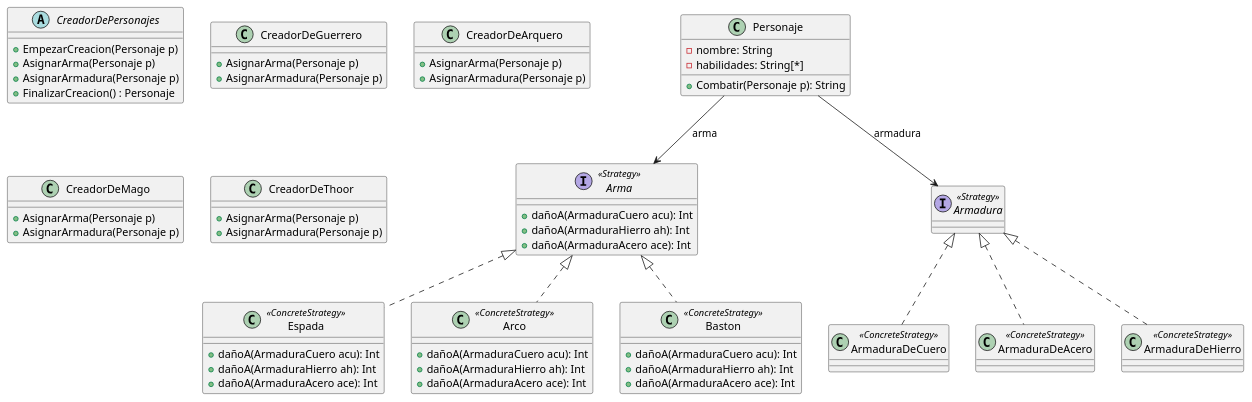
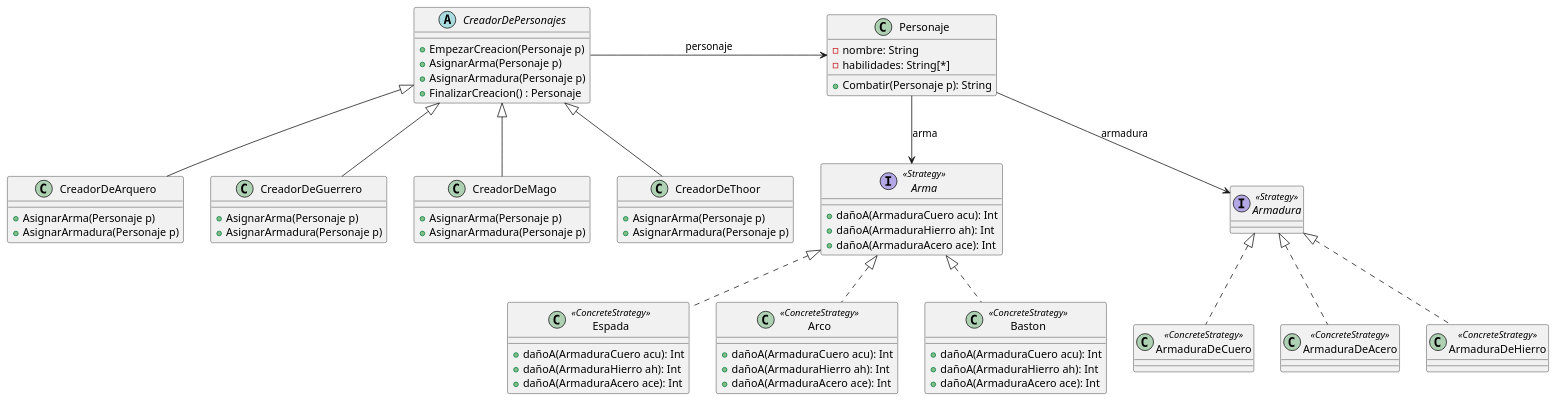
The diagram in Objetos 2/UMLs/Ejercicio20Patrones.puml (BautistaMarquez/Tercero-PrimerCuatrimestre), drawn with PlantUML before and after one commit.

```diff
--- a/Objetos 2/UMLs/Ejercicio20Patrones.puml
+++ b/Objetos 2/UMLs/Ejercicio20Patrones.puml
@@ -1,92 +1,97 @@
 @startuml Ejercicio20
 
 Arma <|.. Espada
 Arma <|.. Arco
 Arma <|.. Baston
 Armadura <|.. ArmaduraDeCuero
 Armadura <|.. ArmaduraDeAcero
 Armadura <|.. ArmaduraDeHierro
 Personaje --> Arma : arma 
 Personaje --> Armadura : armadura 
+CreadorDePersonajes -> Personaje : personaje
+CreadorDePersonajes <|-- CreadorDeArquero
+CreadorDePersonajes <|-- CreadorDeGuerrero
+CreadorDePersonajes <|-- CreadorDeMago
+CreadorDePersonajes <|-- CreadorDeThoor
 
 'Estaba en la duda de hacer una Strategy con los personajes, pero entiendo que justamente tienen el nombre para Identificarse entonces lo mas sensato es hacer un Strategy de Armadura y la clase Personaje se diferencia de otra por su nombre.
 
 'Para crear los personajes, uso un Builder? Pq deberia tener dos directores que indiquen el orden, ya que el mago tiene 2 habilidades y el guerrero 1 (Entiendo que el arquero tendria combate a distancia aunque no diga nada).
 
 interface Arma <<Strategy>>{
     +dañoA(ArmaduraCuero acu): Int 
     +dañoA(ArmaduraHierro ah): Int 
     +dañoA(ArmaduraAcero ace): Int 
 }
 
 class Espada <<ConcreteStrategy>>{
     +dañoA(ArmaduraCuero acu): Int 
     +dañoA(ArmaduraHierro ah): Int 
     +dañoA(ArmaduraAcero ace): Int 
 }
 
 class Arco <<ConcreteStrategy>>{
     +dañoA(ArmaduraCuero acu): Int 
     +dañoA(ArmaduraHierro ah): Int 
     +dañoA(ArmaduraAcero ace): Int 
 }
 
 Class Baston <<ConcreteStrategy>>{
     +dañoA(ArmaduraCuero acu): Int 
     +dañoA(ArmaduraHierro ah): Int 
     +dañoA(ArmaduraAcero ace): Int 
 }
 
 'El String seria para saber si gano o perdio? Aunque en realidad los dos reciben daño.
 class Personaje{
     -nombre: String
     -habilidades: String[*]
     +Combatir(Personaje p): String 
 }
 
 'Lo que me hace ruido, es que queda vacia porque no tiene una defenesa o un algo que le pueda aplicar. 
 'Sino que hago, lo identifico por un String?
 'Pq encima no tienen algo que sea defensa contra 
 interface Armadura <<Strategy>>{ 
 
 }
 
 class ArmaduraDeCuero <<ConcreteStrategy>>{
 
 }
 
 class ArmaduraDeHierro <<ConcreteStrategy>>{
 
 }
 
 class ArmaduraDeAcero <<ConcreteStrategy>>{
 
 }
 
 abstract class CreadorDePersonajes{
     +EmpezarCreacion(Personaje p)
     +AsignarArma(Personaje p)
     +AsignarArmadura(Personaje p)
     +FinalizarCreacion() : Personaje
 }
 
 class CreadorDeGuerrero{
     +AsignarArma(Personaje p)
     +AsignarArmadura(Personaje p)
 }
 
 class CreadorDeArquero{
     +AsignarArma(Personaje p)
     +AsignarArmadura(Personaje p)
 }
 
 class CreadorDeMago{
     +AsignarArma(Personaje p)
     +AsignarArmadura(Personaje p)
 }
 
 class CreadorDeThoor{
     +AsignarArma(Personaje p)
     +AsignarArmadura(Personaje p)
 }
 @enduml
```
